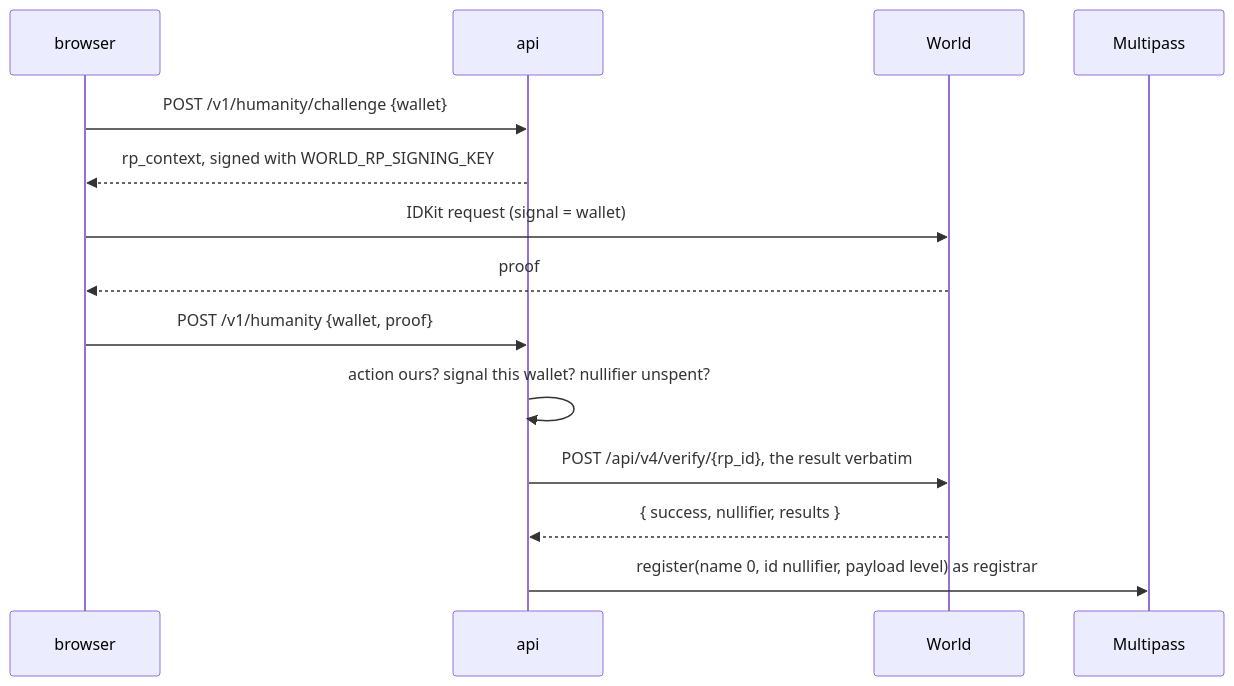
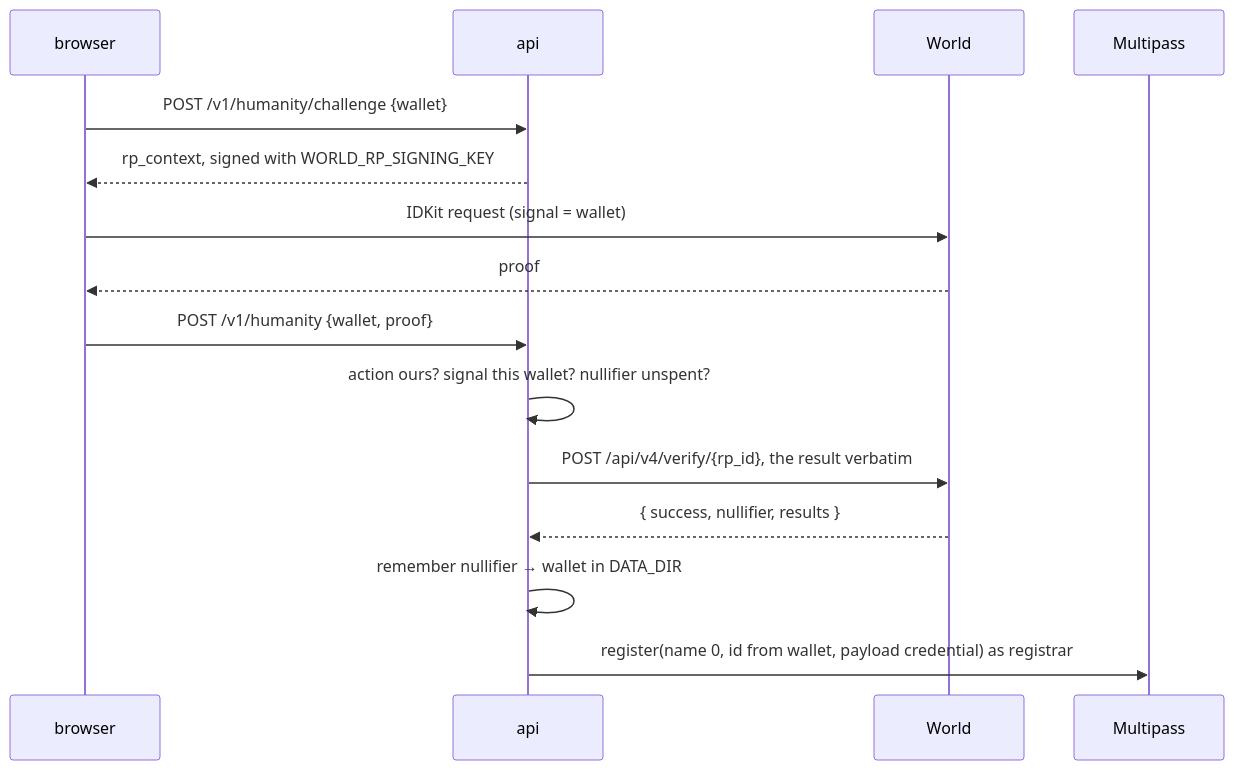
Before and after one commit to lamtrinh259/ETHGlobal_Online_2026: the first of 3 diagrams in apps/api/README.md, drawn with Mermaid. The commit also changed other lines of this file and 17 other files, not shown here.

````diff
--- a/apps/api/README.md
+++ b/apps/api/README.md
@@ -102,16 +110,17 @@
 ```mermaid
 sequenceDiagram
   participant B as browser
   participant A as api
   participant W as World
   participant M as Multipass
   B->>A: POST /v1/humanity/challenge {wallet}
   A-->>B: rp_context, signed with WORLD_RP_SIGNING_KEY
   B->>W: IDKit request (signal = wallet)
   W-->>B: proof
   B->>A: POST /v1/humanity {wallet, proof}
   A->>A: action ours? signal this wallet? nullifier unspent?
   A->>W: POST /api/v4/verify/{rp_id}, the result verbatim
   W-->>A: { success, nullifier, results }
-  A->>M: register(name 0, id nullifier, payload level) as registrar
+  A->>A: remember nullifier → wallet in DATA_DIR
+  A->>M: register(name 0, id from wallet, payload credential) as registrar
 ```
````
